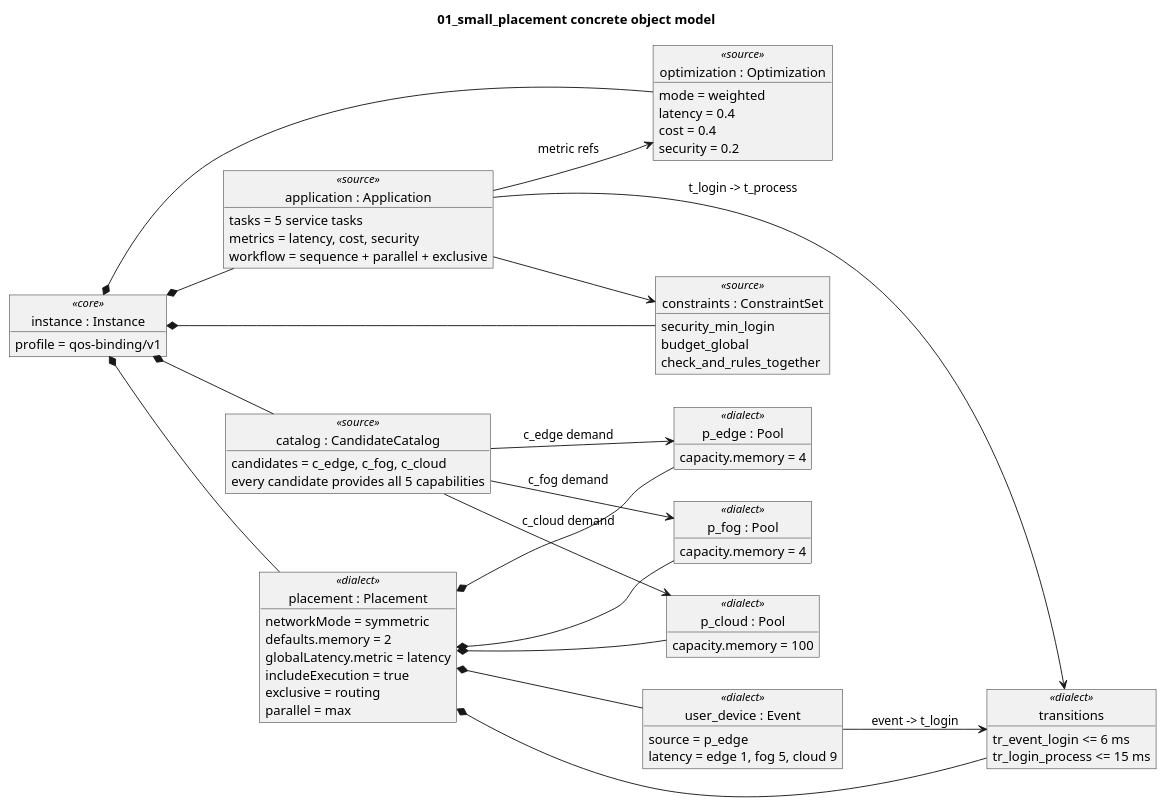
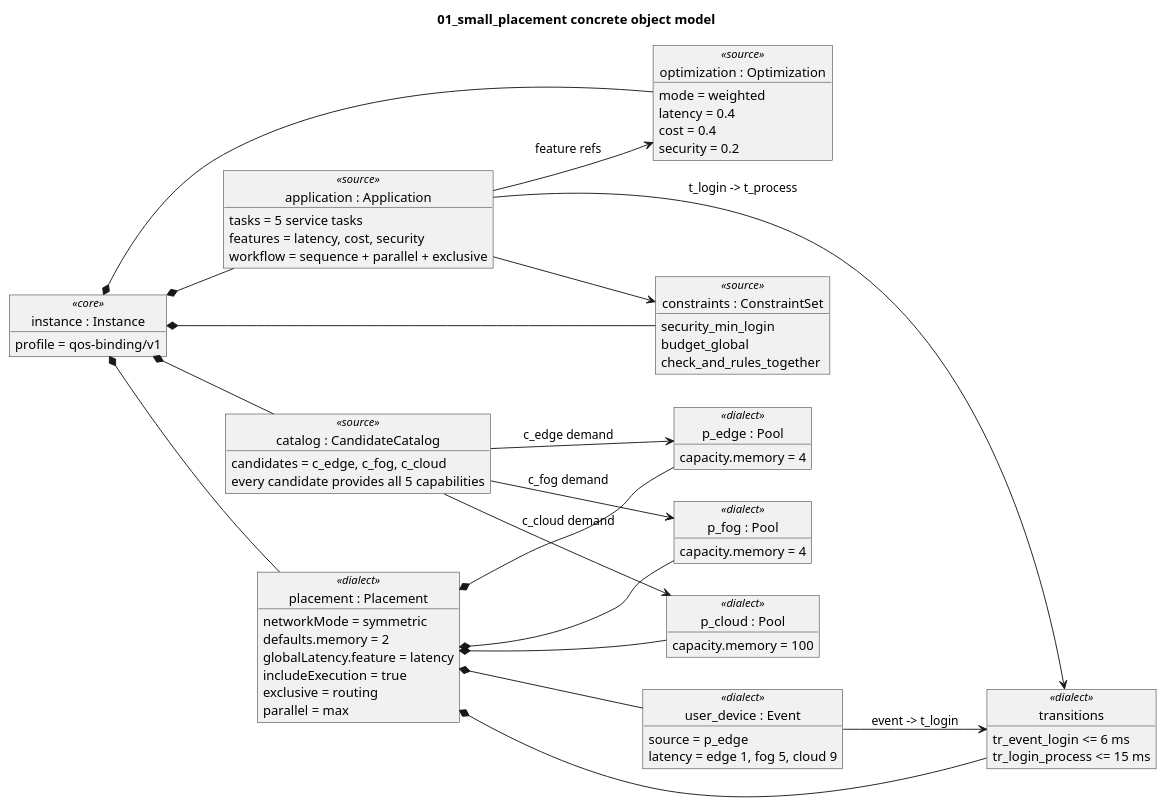
Before and after one commit to isa-group/OpenBinding: the diagram in docs/models/plantuml/03-small-placement.puml, drawn with PlantUML. The commit also changed 398 other files, not shown here.

First line of the commit message:
refactor(bim): migrate metrics to features across schemas, compiler, engines, and corpus

```diff
--- a/docs/models/plantuml/03-small-placement.puml
+++ b/docs/models/plantuml/03-small-placement.puml
@@ -1,73 +1,73 @@
 @startuml
 title 01_small_placement concrete object model
 left to right direction
 skinparam monochrome true
 skinparam shadowing false
 
 object "instance : Instance" as instance <<core>> {
   profile = qos-binding/v1
 }
 object "application : Application" as app <<source>> {
   tasks = 5 service tasks
-  metrics = latency, cost, security
+  features = latency, cost, security
   workflow = sequence + parallel + exclusive
 }
 object "catalog : CandidateCatalog" as catalog <<source>> {
   candidates = c_edge, c_fog, c_cloud
   every candidate provides all 5 capabilities
 }
 object "placement : Placement" as placement <<dialect>> {
   networkMode = symmetric
   defaults.memory = 2
-  globalLatency.metric = latency
+  globalLatency.feature = latency
   includeExecution = true
   exclusive = routing
   parallel = max
 }
 object "p_edge : Pool" as edge <<dialect>> {
   capacity.memory = 4
 }
 object "p_fog : Pool" as fog <<dialect>> {
   capacity.memory = 4
 }
 object "p_cloud : Pool" as cloud <<dialect>> {
   capacity.memory = 100
 }
 object "user_device : Event" as event <<dialect>> {
   source = p_edge
   latency = edge 1, fog 5, cloud 9
 }
 object "transitions" as transitions <<dialect>> {
   tr_event_login <= 6 ms
   tr_login_process <= 15 ms
 }
 object "constraints : ConstraintSet" as constraints <<source>> {
   security_min_login
   budget_global
   check_and_rules_together
 }
 object "optimization : Optimization" as optimization <<source>> {
   mode = weighted
   latency = 0.4
   cost = 0.4
   security = 0.2
 }
 
 instance *-- app
 instance *-- catalog
 instance *-- placement
 instance *-- constraints
 instance *-- optimization
 placement *-- edge
 placement *-- fog
 placement *-- cloud
 placement *-- event
 placement *-- transitions
 catalog --> edge : c_edge demand
 catalog --> fog : c_fog demand
 catalog --> cloud : c_cloud demand
 event --> transitions : event -> t_login
 app --> transitions : t_login -> t_process
 app --> constraints
-app --> optimization : metric refs
+app --> optimization : feature refs
 @enduml
```
